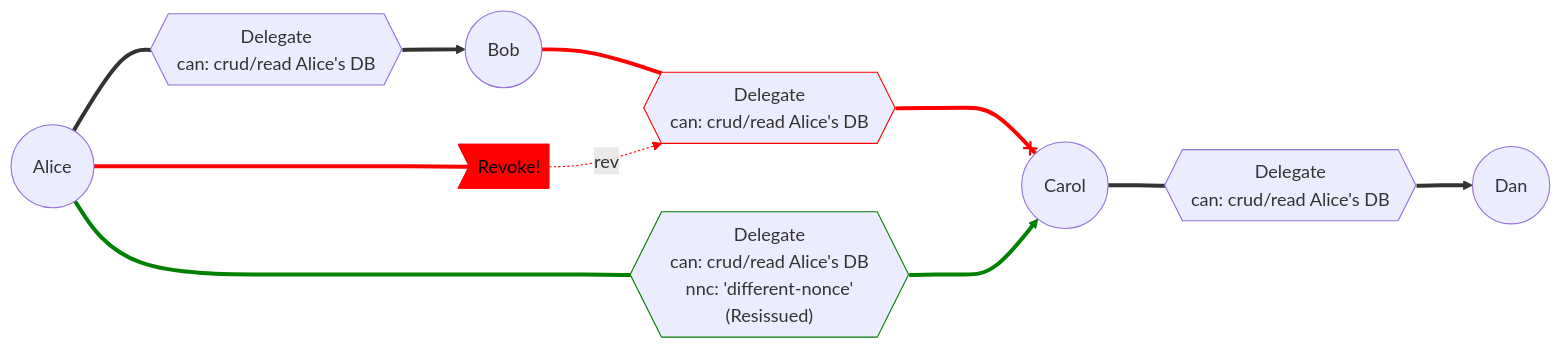
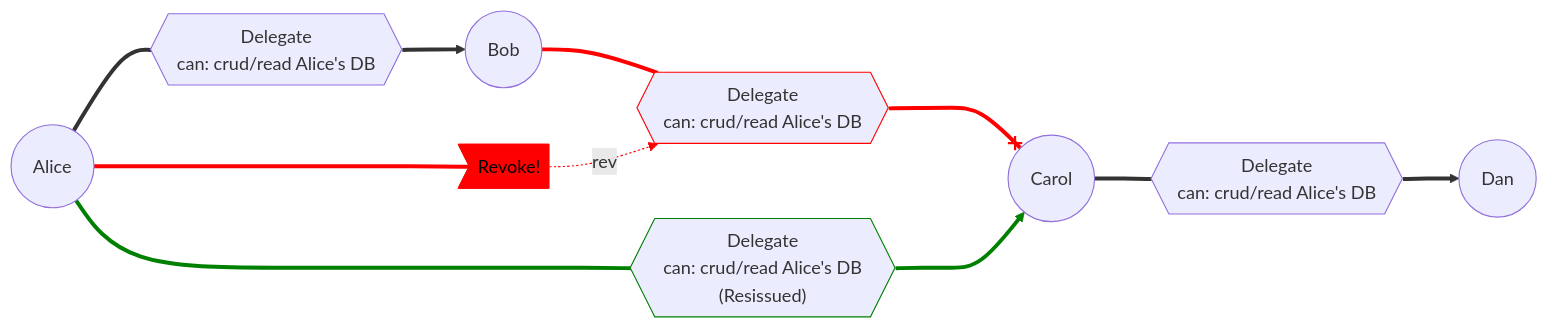
One commit to ucan-wg/revocation changed the third of 5 diagrams in README.md. Above: the diagram before and after it, drawn with Mermaid. The commit also changed other lines of this file, not shown here.

````diff
--- a/README.md
+++ b/README.md
@@ -195,32 +195,32 @@
 ``` mermaid
 flowchart LR
     Alice((&nbsp&nbsp&nbspAlice&nbsp&nbsp&nbsp))
     Bob((&nbsp&nbsp&nbspBob&nbsp&nbsp&nbsp))
     Carol((&nbsp&nbsp&nbspCarol&nbsp&nbsp&nbsp))
     Dan((&nbsp&nbsp&nbspDan&nbsp&nbsp&nbsp))
 
     del1{{Delegate\ncan: crud/read Alice's DB}}
     del2{{Delegate\ncan: crud/read Alice's DB}}
     del3{{Delegate\ncan: crud/read Alice's DB}}
-    newDel{{"Delegate\ncan: crud/read Alice's DB\nnnc: 'different-nonce'\n(Resissued) "}}
+    newDel{{"Delegate\ncan: crud/read Alice's DB\n(Resissued) "}}
 
     Alice === del1 ==> Bob === del2:::Revoked ===x Carol === del3 ==> Dan
     Alice === newDel:::Reissued ===> Carol
 
     rev>Revoke!]
     Alice === rev:::Invocation
     rev -.->|rev| del2
 
     classDef Invocation stroke:#F00,fill:#F00,color:#000;
     classDef Revoked stroke:#F00;
     classDef Reissued stroke:green;
 
     linkStyle 2 stroke:red
     linkStyle 3 stroke:red
 
     linkStyle 8 stroke:red
     linkStyle 9 stroke:red
 
     linkStyle 6 stroke:green
     linkStyle 7 stroke:green
 ```
````
